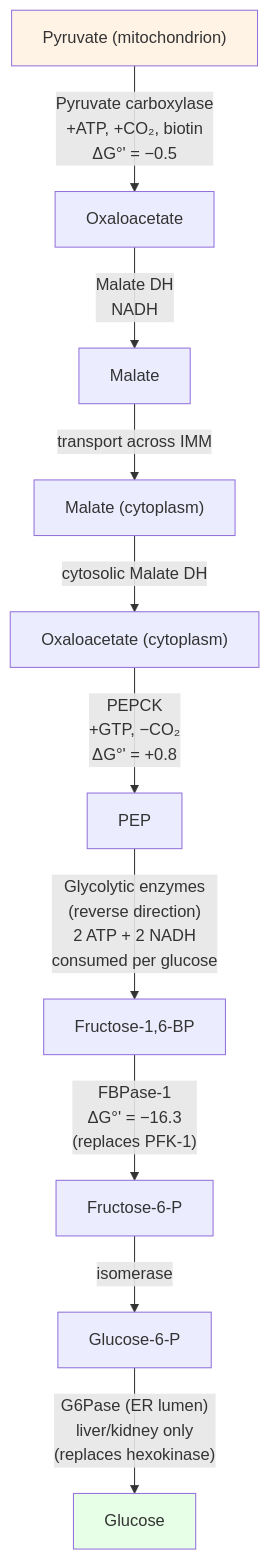
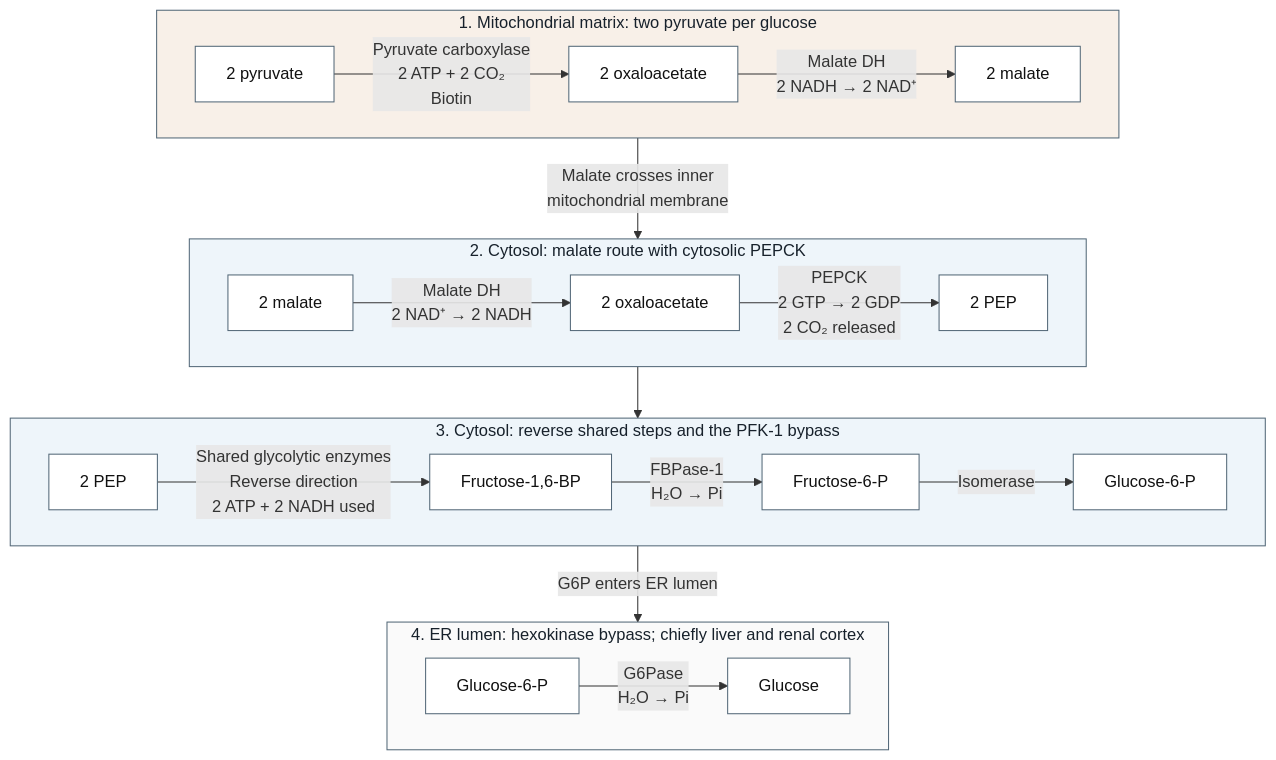
The second of 8 diagrams in docs/manuscript/unit_III/bioenergetics_and_respiration.md (docxology/biology_textbook), drawn with Mermaid before and after one commit. The commit also changed other lines of this file and 41 other files, not shown here.

````diff
--- a/docs/manuscript/unit_III/bioenergetics_and_respiration.md
+++ b/docs/manuscript/unit_III/bioenergetics_and_respiration.md
@@ -301,15 +322,36 @@
 ```mermaid
-flowchart TD
-    PYR["Pyruvate (mitochondrion)"] -->|"Pyruvate carboxylase<br/>+ATP, +CO₂, biotin<br/>ΔG°' = −0.5"| OAA["Oxaloacetate"]
-    OAA -->|"Malate DH<br/>NADH"| MAL["Malate"]
-    MAL -->|"transport across IMM"| MALc["Malate (cytoplasm)"]
-    MALc -->|"cytosolic Malate DH"| OAAc["Oxaloacetate (cytoplasm)"]
-    OAAc -->|"PEPCK<br/>+GTP, −CO₂<br/>ΔG°' = +0.8"| PEP["PEP"]
-    PEP -->|"Glycolytic enzymes<br/>(reverse direction)<br/>2 ATP + 2 NADH<br/>consumed per glucose"| F16BP["Fructose-1,6-BP"]
-    F16BP -->|"FBPase-1<br/>ΔG°' = −16.3<br/>(replaces PFK-1)"| F6P["Fructose-6-P"]
-    F6P -->|"isomerase"| G6P["Glucose-6-P"]
-    G6P -->|"G6Pase (ER lumen)<br/>liver/kidney only<br/>(replaces hexokinase)"| GLU["Glucose"]
-
-    style PYR fill:#fff3e6
-    style GLU fill:#e6ffe6
+---
+config:
+  layout: dagre
+---
+flowchart TB
+    subgraph MITO["1. Mitochondrial matrix: two pyruvate per glucose"]
+        direction LR
+        PYR["2 pyruvate"] -->|"Pyruvate carboxylase<br/>2 ATP + 2 CO₂<br/>Biotin"| OAA["2 oxaloacetate"]
+        OAA -->|"Malate DH<br/>2 NADH → 2 NAD⁺"| MAL["2 malate"]
+    end
+    subgraph CYTO["2. Cytosol: malate route with cytosolic PEPCK"]
+        direction LR
+        MALc["2 malate"] -->|"Malate DH<br/>2 NAD⁺ → 2 NADH"| OAAc["2 oxaloacetate"]
+        OAAc -->|"PEPCK<br/>2 GTP → 2 GDP<br/>2 CO₂ released"| PEP["2 PEP"]
+    end
+    subgraph SUGAR["3. Cytosol: reverse shared steps and the PFK-1 bypass"]
+        direction LR
+        PEP2["2 PEP"] -->|"Shared glycolytic enzymes<br/>Reverse direction<br/>2 ATP + 2 NADH used"| F16BP["Fructose-1,6-BP"]
+        F16BP -->|"FBPase-1<br/>H₂O → Pi"| F6P["Fructose-6-P"]
+        F6P -->|"Isomerase"| G6P["Glucose-6-P"]
+    end
+    subgraph ER["4. ER lumen: hexokinase bypass; chiefly liver and renal cortex"]
+        direction LR
+        G6Per["Glucose-6-P"] -->|"G6Pase<br/>H₂O → Pi"| GLU["Glucose"]
+    end
+    MITO -->|"Malate crosses inner<br/>mitochondrial membrane"| CYTO
+    CYTO --> SUGAR
+    SUGAR -->|"G6P enters ER lumen"| ER
+    classDef metabolite fill:#ffffff,stroke:#526777,color:#111111
+    class PYR,OAA,MAL,MALc,OAAc,PEP,PEP2,F16BP,F6P,G6P,G6Per,GLU metabolite
+    style MITO fill:#f8f0e8,stroke:#526777,color:#17212b
+    style CYTO fill:#eef5fa,stroke:#526777,color:#17212b
+    style SUGAR fill:#eef5fa,stroke:#526777,color:#17212b
+    style ER fill:#fafafa,stroke:#526777,color:#17212b
 ```
````
